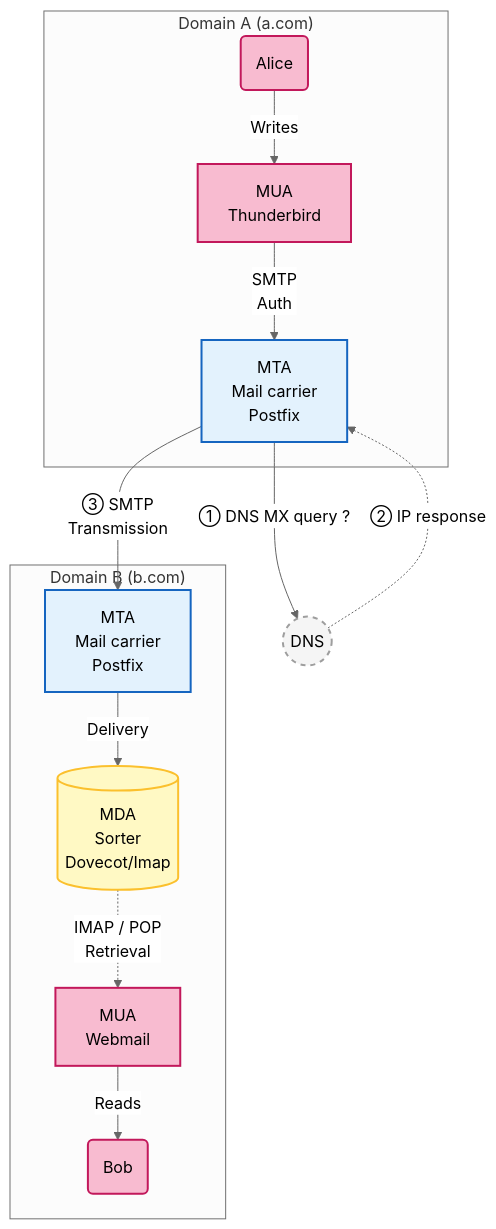
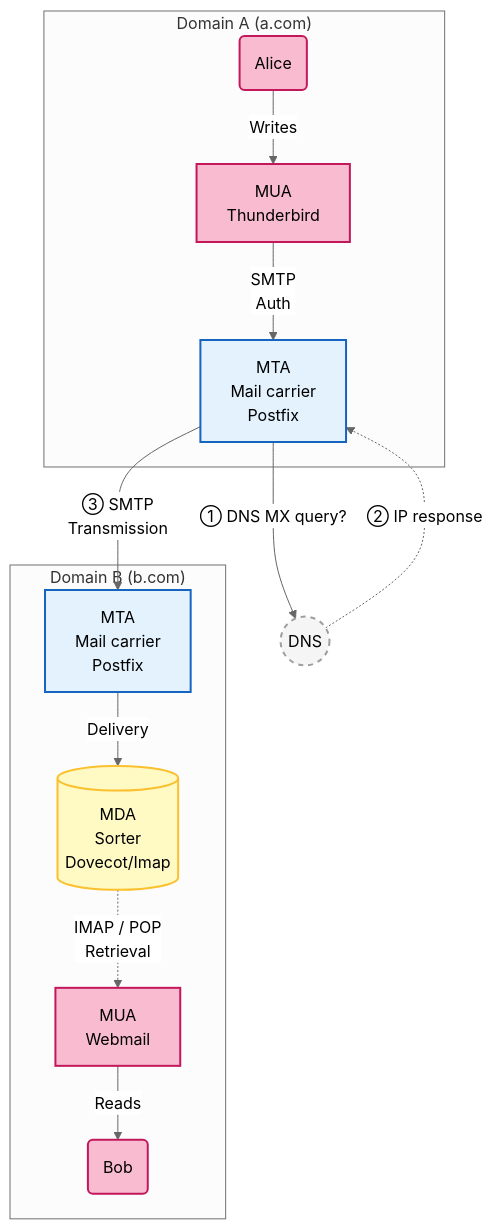
The third of 3 diagrams in content.en/antispoofing-e-mail/01-architecture-concepts.md (Yanal-Yves/blog), drawn with Mermaid (neutral theme) before and after one commit. The commit also changed 1 other file, not shown here.

Commit message:
Relecture PR : accord « ceux » (FR) et « ? » sans espace (EN)
- FR : « en-tête » est masculin → « ceux que l'on retrouve » (et non « celles ».
- EN : supprime l'espace avant « ? » dans le libellé « DNS MX query? »
  (typographie anglaise).

````diff
--- a/content.en/antispoofing-e-mail/01-architecture-concepts.md
+++ b/content.en/antispoofing-e-mail/01-architecture-concepts.md
@@ -155,25 +155,25 @@
 ```mermaid
 graph TD
   %% --- Style definitions ---
   classDef client fill:#f8bbd0,stroke:#c2185b,stroke-width:2px,color:#000;
   classDef server fill:#e3f2fd,stroke:#1565c0,stroke-width:2px,color:#000;
   classDef storage fill:#fff9c4,stroke:#fbc02d,stroke-width:2px,color:#000;
   classDef internet fill:#f5f5f5,stroke:#9e9e9e,stroke-width:2px,stroke-dasharray: 5 5,color:#000;
   %% --- Domain A (Sender) ---
   subgraph "Domain A (a.com)"
       Alice(Alice):::client -->|Writes| MUA_A[MUA<br/>Thunderbird]:::client
       MUA_A -->|SMTP<br/>Auth| MTA_A[MTA<br/>Mail carrier<br/>Postfix]:::server
   end
   %% --- DNS (in the Internet, side query) ---
   DNS((DNS)):::internet
   %% --- Domain B (Recipient) ---
   subgraph "Domain B (b.com)"
       MTA_B[MTA<br/>Mail carrier<br/>Postfix]:::server -->|Delivery| MDA_B[("MDA<br/>Sorter<br/>Dovecot/Imap")]:::storage
       MDA_B -.->|IMAP / POP<br/>Retrieval| MUA_B[MUA<br/>Webmail]:::client
       MUA_B -->|Reads| Bob(Bob):::client
   end
   %% --- Cross-domain links (transiting the Internet) ---
-  MTA_A -->|① DNS MX query ?| DNS
+  MTA_A -->|① DNS MX query?| DNS
   DNS -.->|② IP response| MTA_A
   MTA_A -->|③ SMTP<br/>Transmission| MTA_B
 ```
````
